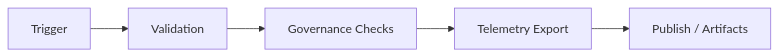
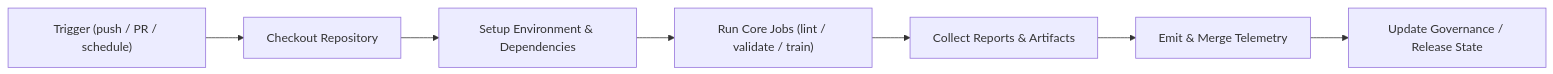
The diagram in docs/templates/workflow_template.md (bartytime4life/Kansas-Frontier-Matrix), drawn with Mermaid before and after one commit. The commit also changed other lines of this file, not shown here.

````diff
--- a/docs/templates/workflow_template.md
+++ b/docs/templates/workflow_template.md
@@ -216,7 +317,9 @@
-```mermaid
+~~~mermaid
 flowchart LR
-  A["Trigger"] --> B["Validation"]
-  B --> C["Governance Checks"]
-  C --> D["Telemetry Export"]
-  D --> E["Publish / Artifacts"]
-```
+  A["Trigger (push / PR / schedule)"] --> B["Checkout Repository"]
+  B --> C["Setup Environment & Dependencies"]
+  C --> D["Run Core Jobs (lint / validate / train)"]
+  D --> E["Collect Reports & Artifacts"]
+  E --> F["Emit & Merge Telemetry"]
+  F --> G["Update Governance / Release State"]
+~~~
````
